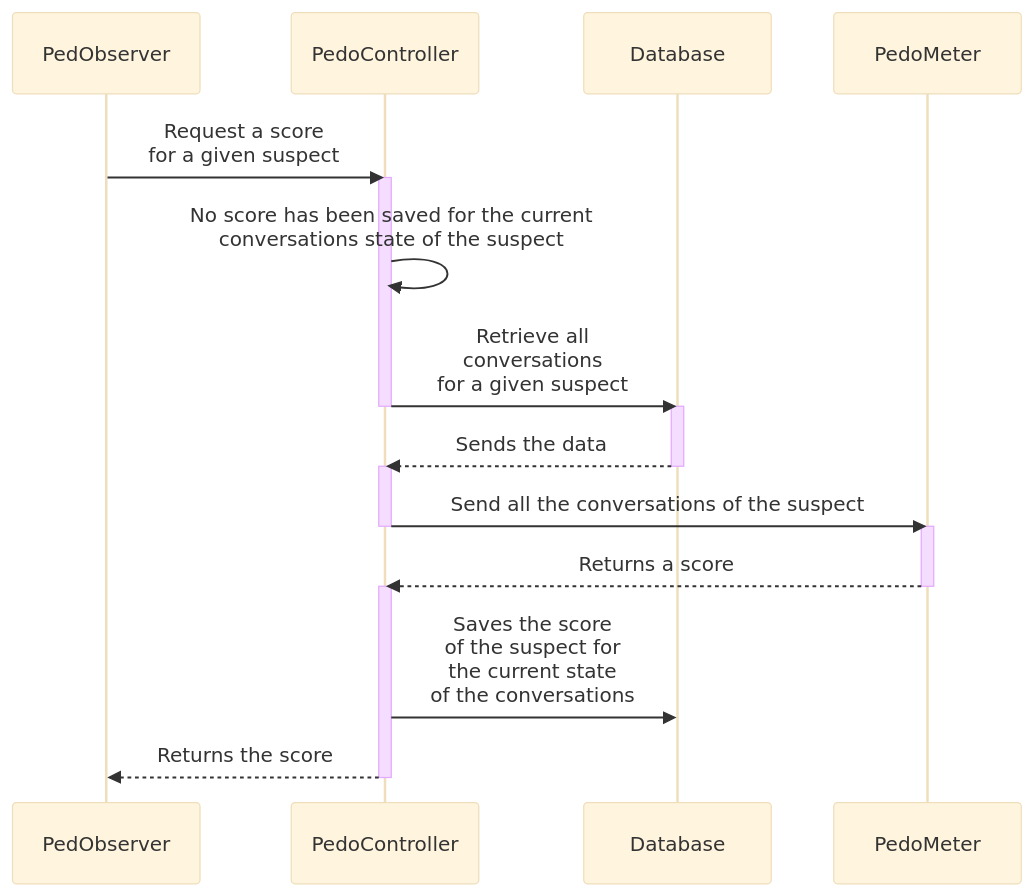
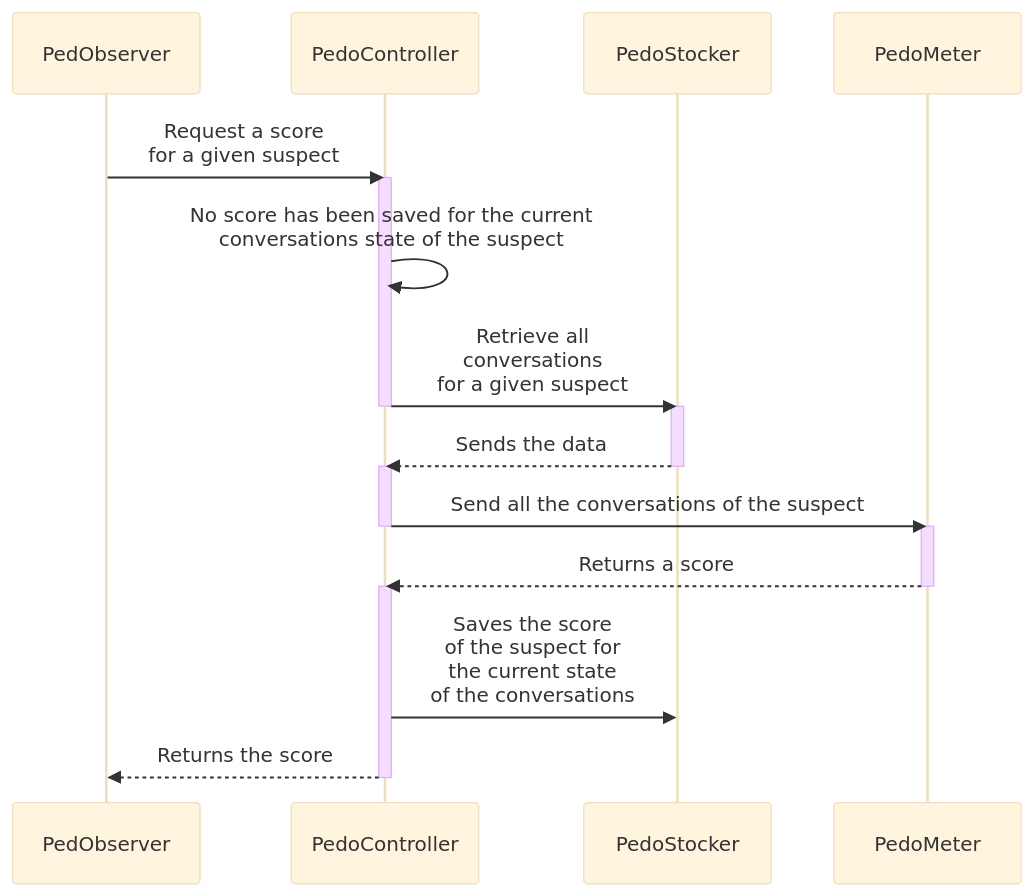
One commit to PedoPot/PedoDoc changed the first of 2 diagrams in PedoMeter/README.md. Above: the diagram before and after it, drawn with Mermaid (base theme). The commit also changed other lines of this file and 3 other files, not shown here.

Commit message:
refactor: Renamed Database to PedoStocker

````diff
--- a/PedoMeter/README.md
+++ b/PedoMeter/README.md
@@ -4,21 +4,21 @@
 ```mermaid
 sequenceDiagram
     PedObserver->>PedoController: Request a score <br>for a given suspect
     activate PedoController
     PedoController->>PedoController: No score has been saved for the current <br>conversations state of the suspect 
-    PedoController->>Database: Retrieve all<br>conversations<br>for a given suspect
+    PedoController->>PedoStocker: Retrieve all<br>conversations<br>for a given suspect
     deactivate PedoController
-    activate Database
-    Database-->>PedoController: Sends the data
-    deactivate Database
+    activate PedoStocker
+    PedoStocker-->>PedoController: Sends the data
+    deactivate PedoStocker
     activate PedoController
     PedoController->>PedoMeter: Send all the conversations of the suspect
     deactivate PedoController
     activate PedoMeter
     PedoMeter-->>PedoController: Returns a score 
     deactivate PedoMeter
     activate PedoController
-    PedoController->>Database: Saves the score<br>of the suspect for<br>the current state<br>of the conversations
+    PedoController->>PedoStocker: Saves the score<br>of the suspect for<br>the current state<br>of the conversations
     PedoController-->>PedObserver: Returns the score
     deactivate PedoController
 ```
````
